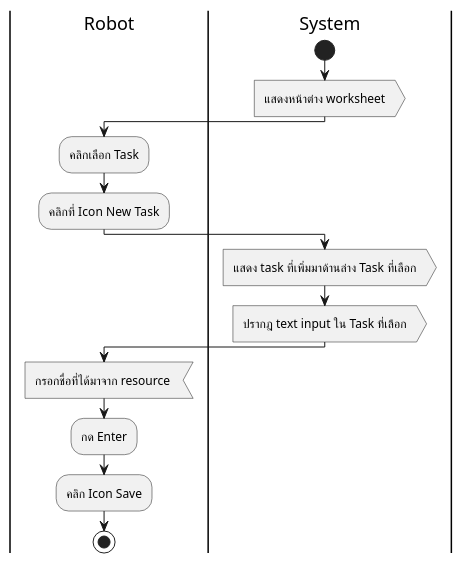
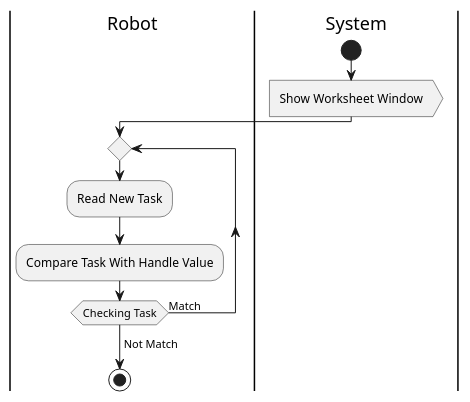
Before and after one commit to Meenkonlapat/RPA-Project: the diagram in Robot Activity (Project Assign System Management)/u4-Check and Categorized project task.wsd, drawn with PlantUML. The commit also changed 19 other files, not shown here.

```diff
--- a/Robot Activity (Project Assign System Management)/u4-Check and Categorized project task.wsd
+++ b/Robot Activity (Project Assign System Management)/u4-Check and Categorized project task.wsd
@@ -1,18 +1,13 @@
 @startuml
 |Robot|
 |System|
 start
-:แสดงหน้าต่าง worksheet>
+:Show Worksheet Window>
 |Robot|
-:คลิกเลือก Task;
-:คลิกที่ Icon New Task;
-|System|
-:แสดง task ที่เพิ่มมาด้านล่าง Task ที่เลือก>
-:ปรากฎ text input ใน Task ที่เลือก>
-|Robot|
-:กรอกชื่อที่ได้มาจาก resource <
-:กด Enter;
-|Robot|
-:คลิก Icon Save;
+repeat
+    :Read New Task;
+    :Compare Task With Handle Value;
+repeat while (Checking Task) is (Match)
+-> Not Match;
 stop
 @enduml
```
